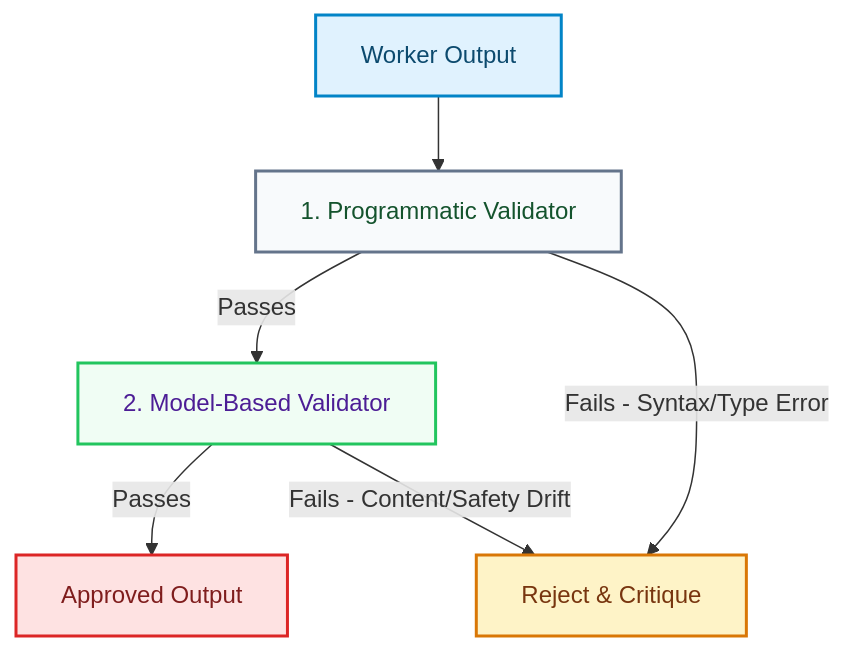
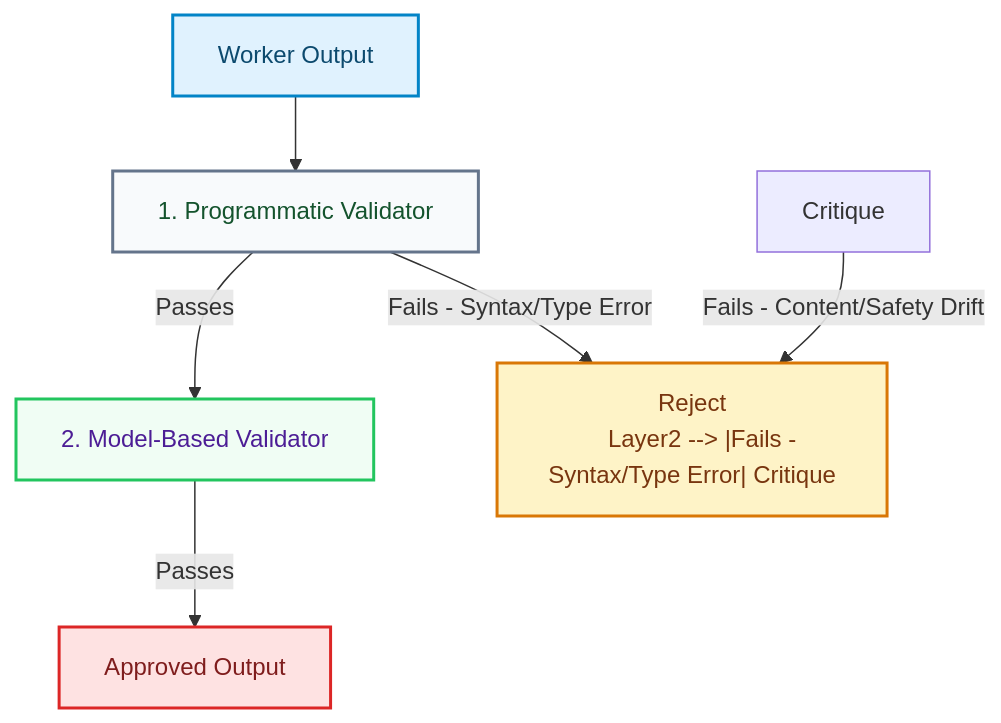
One commit to akmalkhaniub/akmalkhaniub.github.io changed the diagram in blog/posts/the-validator-agent-pattern.md. Above: the diagram before and after it, drawn with Mermaid. The commit also changed other lines of this file and 894 other files, not shown here.

Commit message:
feat(blog): upgrade all 444 posts with unique staggered dates, 2-col Mermaid spines, benchmark tables, code blocks, and trade-offs

````diff
--- a/blog/posts/the-validator-agent-pattern.md
+++ b/blog/posts/the-validator-agent-pattern.md
@@ -20,23 +20,24 @@
 ```mermaid
 flowchart TD
     Output["Worker Output"] --> Layer1["1. Programmatic Validator"]
     Layer1 -->|Passes| Layer2["2. Model-Based Validator"]
-    Layer1 -->|Fails - Syntax/Type Error| Fail["Reject & Critique"]
+    Layer1 --> |Fails - Syntax/Type Error| Fail["Reject
+    Layer2 --> |Fails - Syntax/Type Error| Critique"]
     
     Layer2 -->|Passes| Pass["Approved Output"]
-    Layer2 -->|Fails - Content/Safety Drift| Fail
+    Critique --> |Fails - Content/Safety Drift| Fail
     
     style Layer1 fill:#f8fafc,stroke:#64748b,stroke-width:2px
     style Layer2 fill:#f0fdf4,stroke:#22c55e,stroke-width:2px
 
 classDef green fill:#dcfce7,stroke:#16a34a,stroke-width:2px,color:#14532d;
 classDef red fill:#fee2e2,stroke:#dc2626,stroke-width:2px,color:#7f1d1d;
 classDef blue fill:#e0f2fe,stroke:#0284c7,stroke-width:2px,color:#0c4a6e;
 classDef yellow fill:#fef3c7,stroke:#d97706,stroke-width:2px,color:#78350f;
 classDef purple fill:#ede9fe,stroke:#7c3aed,stroke-width:2px,color:#4c1d95;
 class Output blue
 class Layer1 green
 class Layer2 purple
 class Fail yellow
 class Pass red
 ```
````
